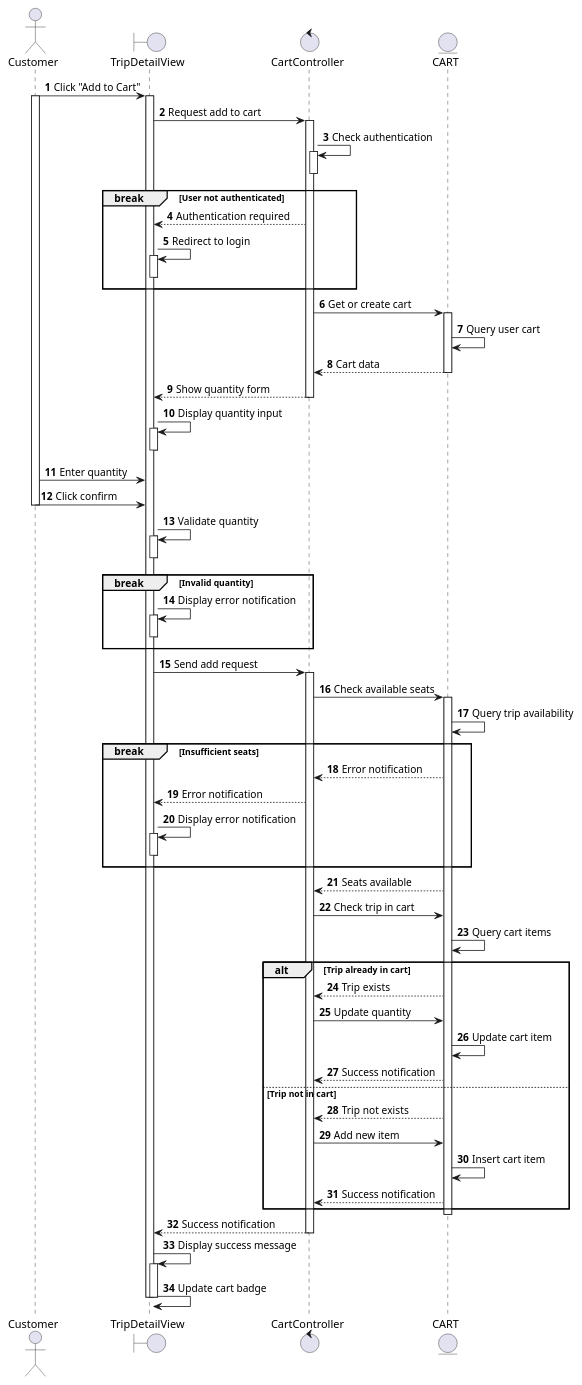
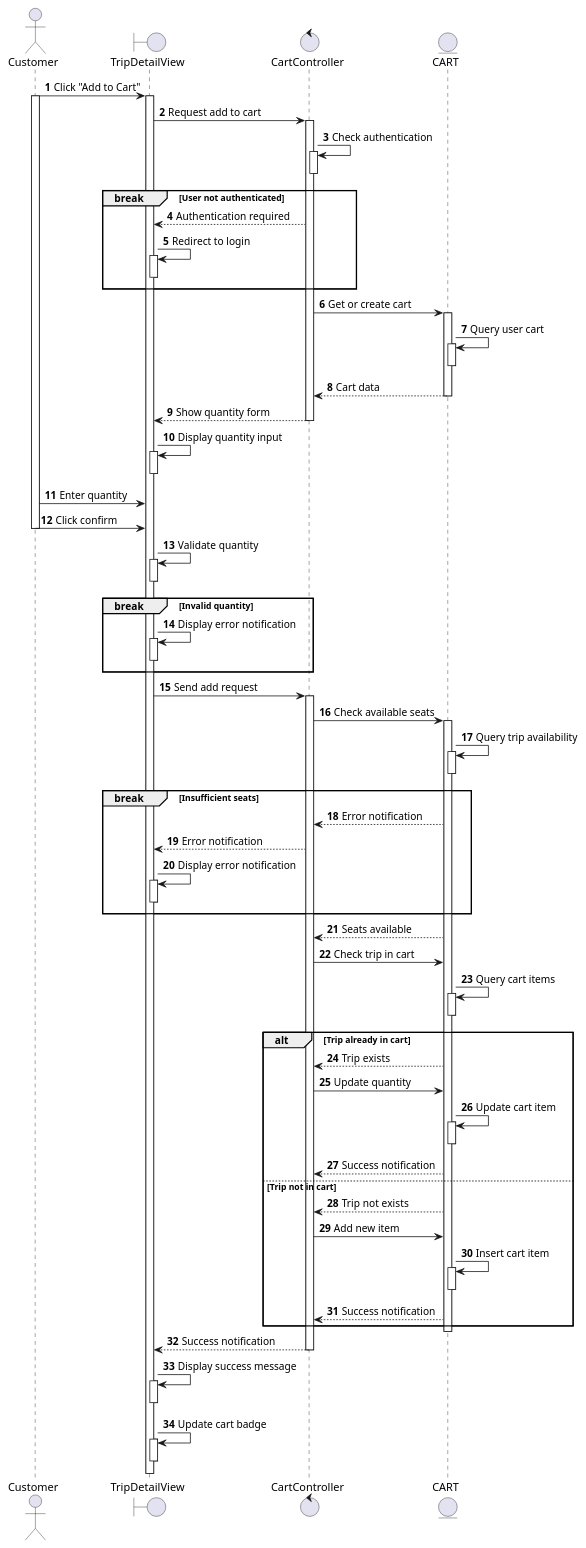
Before and after one commit to se113-wm/se113-wm.github.io: the diagram in docs/docs/sequence/adjust-cart/add-trip-to-cart.md, drawn with PlantUML. The commit also changed 37 other files, not shown here.

First line of the commit message:
Refactor sequence diagrams for booking and trip management

```diff
--- a/docs/docs/sequence/adjust-cart/add-trip-to-cart.md
+++ b/docs/docs/sequence/adjust-cart/add-trip-to-cart.md
@@ -28,6 +28,8 @@
 CC -> CA: Get or create cart
 activate CA
 CA -> CA: Query user cart
+activate CA
+deactivate CA
 CC <-- CA: Cart data
 deactivate CA
 
@@ -55,6 +57,8 @@
 CC -> CA: Check available seats
 activate CA
 CA -> CA: Query trip availability
+activate CA
+deactivate CA
 
 break Insufficient seats
   CC <-- CA: Error notification
@@ -67,16 +71,22 @@
 CC <-- CA: Seats available
 CC -> CA: Check trip in cart
 CA -> CA: Query cart items
+activate CA
+deactivate CA
 
 alt Trip already in cart
   CC <-- CA: Trip exists
   CC -> CA: Update quantity
   CA -> CA: Update cart item
+  activate CA
+  deactivate CA
   CC <-- CA: Success notification
 else Trip not in cart
   CC <-- CA: Trip not exists
   CC -> CA: Add new item
   CA -> CA: Insert cart item
+  activate CA
+  deactivate CA
   CC <-- CA: Success notification
 end
 
@@ -85,8 +95,9 @@
 deactivate CC
 TDV -> TDV: Display success message
 activate TDV
+deactivate TDV
 TDV -> TDV: Update cart badge
-deactivate TDV
+activate TDV
 deactivate TDV
 
 @enduml
```
